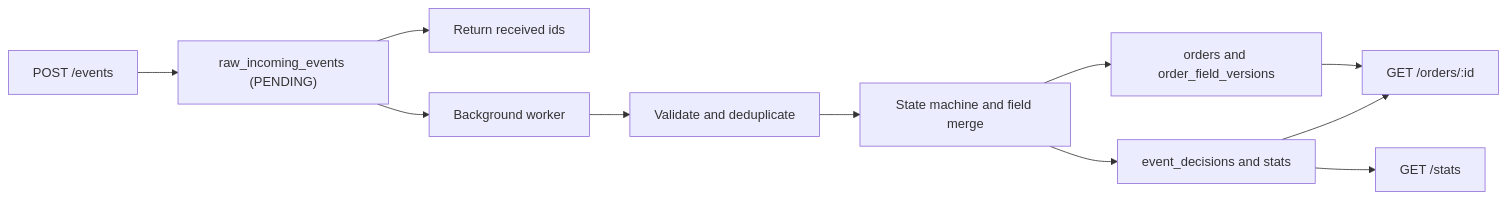
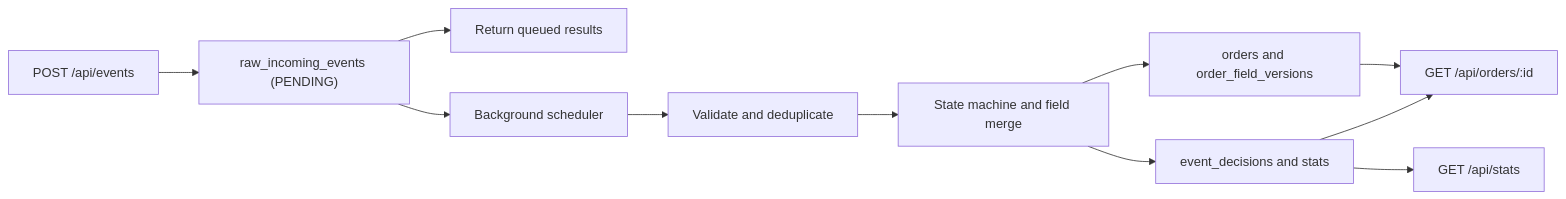
The diagram in docs/README.md (julianowicka/event-processing-engine), drawn with Mermaid before and after one commit. The commit also changed other lines of this file and 14 other files, not shown here.

````diff
--- a/docs/README.md
+++ b/docs/README.md
@@ -38,13 +39,13 @@
 ```mermaid
 flowchart LR
-    A["POST /events"] --> B["raw_incoming_events (PENDING)"]
-    B --> C["Return received ids"]
-    B --> D["Background worker"]
+    A["POST /api/events"] --> B["raw_incoming_events (PENDING)"]
+    B --> C["Return queued results"]
+    B --> D["Background scheduler"]
     D --> E["Validate and deduplicate"]
     E --> F["State machine and field merge"]
     F --> G["orders and order_field_versions"]
     F --> H["event_decisions and stats"]
-    G --> J["GET /orders/:id"]
+    G --> J["GET /api/orders/:id"]
     H --> J
-    H --> K["GET /stats"]
+    H --> K["GET /api/stats"]
 ```
````
